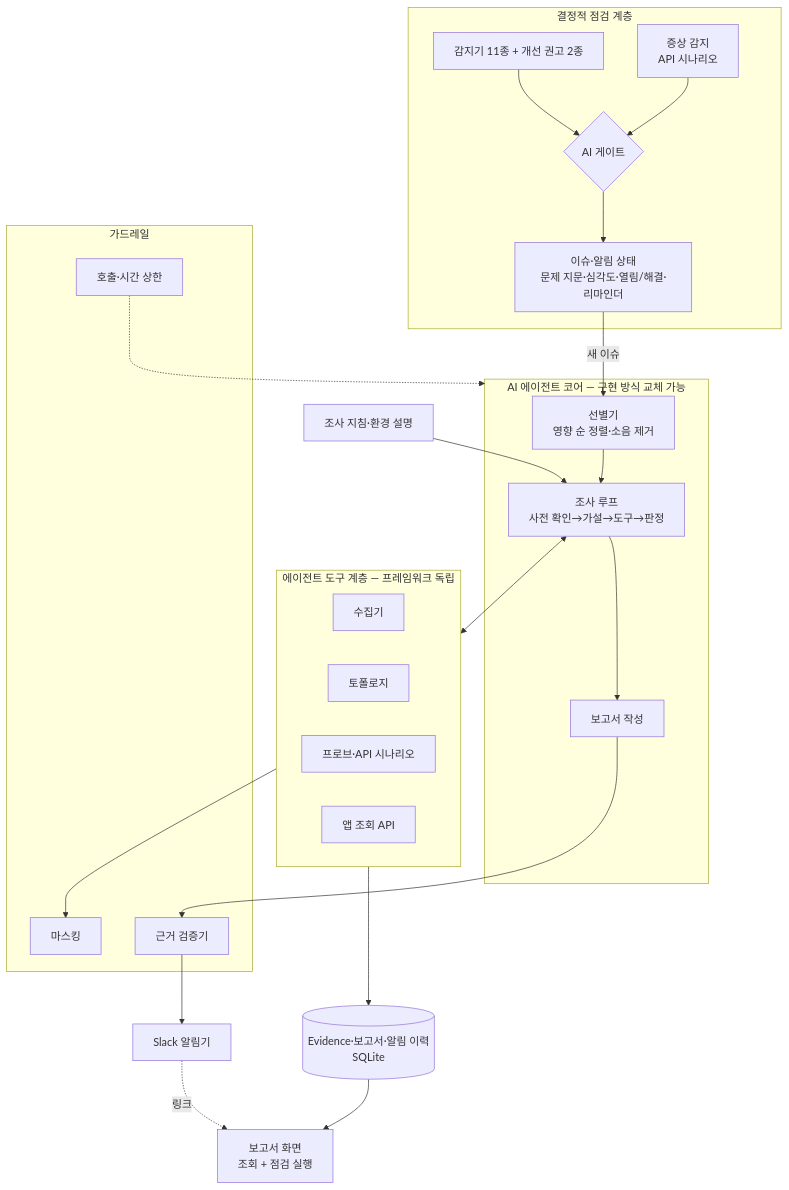
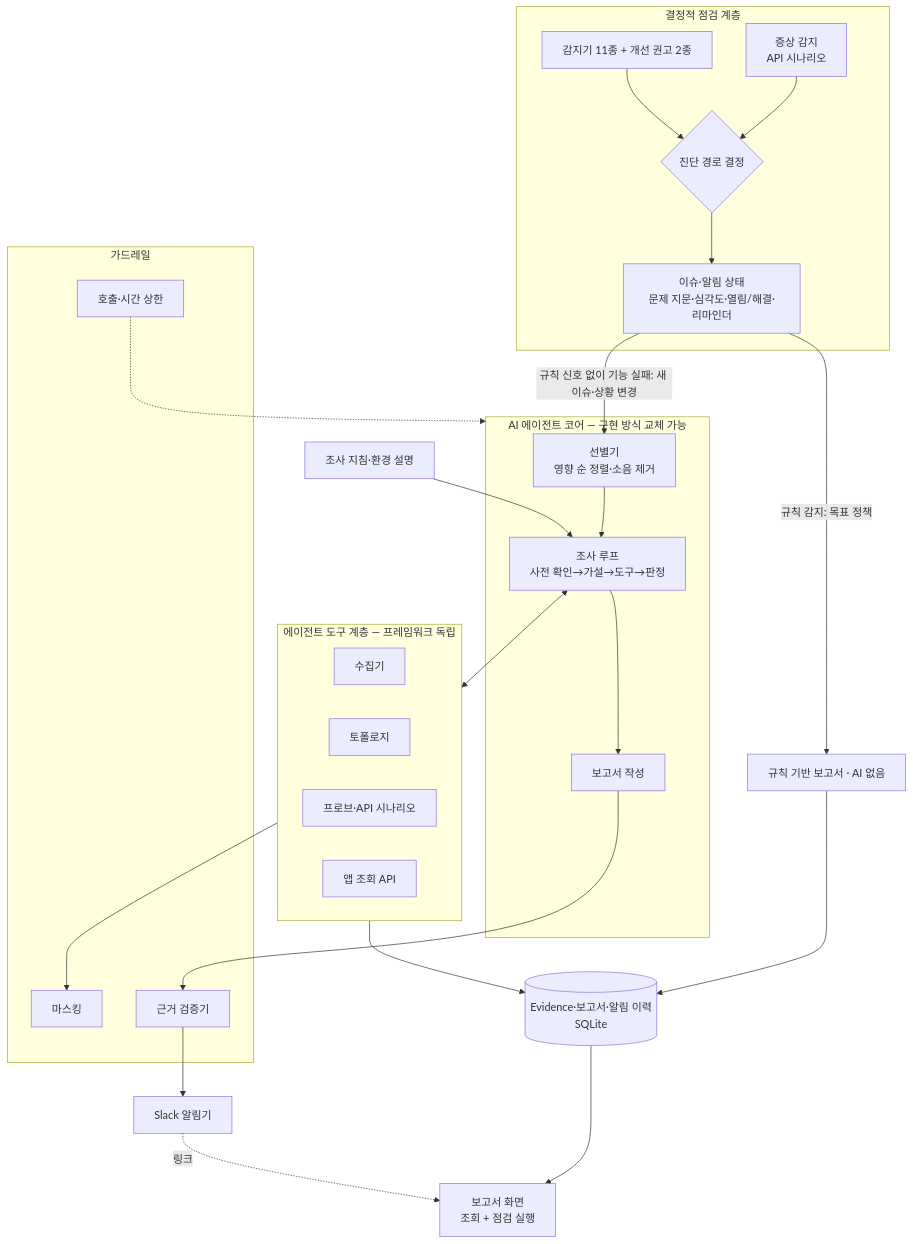
Before and after one commit to skax-jihyeryu/KubeGuardian: the third of 3 diagrams in docs/01-project-proposal.md, drawn with Mermaid. The commit also changed other lines of this file and 3 other files, not shown here.

````diff
--- a/docs/01-project-proposal.md
+++ b/docs/01-project-proposal.md
@@ -229,37 +234,39 @@
 ```mermaid
 flowchart TB
     subgraph Det[결정적 점검 계층]
         Rules[감지기 11종 + 개선 권고 2종]
         Sym[증상 감지<br/>API 시나리오]
-        Gate{AI 게이트}
+        Gate{진단 경로 결정}
         Alert[이슈·알림 상태<br/>문제 지문·심각도·열림/해결·리마인더]
         Rules --> Gate
         Sym --> Gate
         Gate --> Alert
     end
     subgraph Agent[AI 에이전트 코어 — 구현 방식 교체 가능]
         Triage[선별기<br/>영향 순 정렬·소음 제거]
         Inv[조사 루프<br/>사전 확인→가설→도구→판정]
         Writer[보고서 작성]
     end
     subgraph Tools[에이전트 도구 계층 — 프레임워크 독립]
         Col[수집기]
         Topo[토폴로지]
         Probe[프로브·API 시나리오]
         App[앱 조회 API]
     end
     subgraph Guard[가드레일]
         Mask[마스킹]
         Val[근거 검증기]
         Bud[호출·시간 상한]
     end
-    Alert -->|새 이슈| Triage --> Inv --> Writer
+    Alert -->|규칙 감지: 목표 정책| RuleReport[규칙 기반 보고서 · AI 없음]
+    RuleReport --> Store
+    Alert -->|규칙 신호 없이 기능 실패: 새 이슈·상황 변경| Triage --> Inv --> Writer
     Inv <--> Tools
     RB[조사 지침·환경 설명] --> Inv
     Tools --> Mask
     Writer --> Val --> Notify[Slack 알림기]
     Bud -.-> Agent
     Tools --> Store[(Evidence·보고서·알림 이력<br/>SQLite)]
     Store --> Screen[보고서 화면<br/>조회 + 점검 실행]
     Notify -. 링크 .-> Screen
 ```
````
